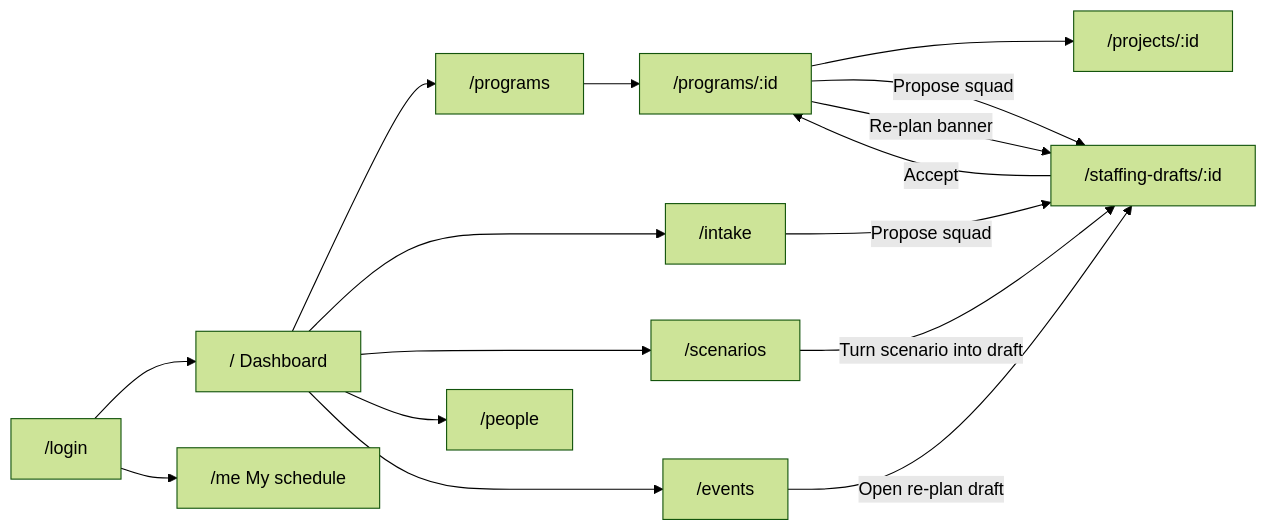
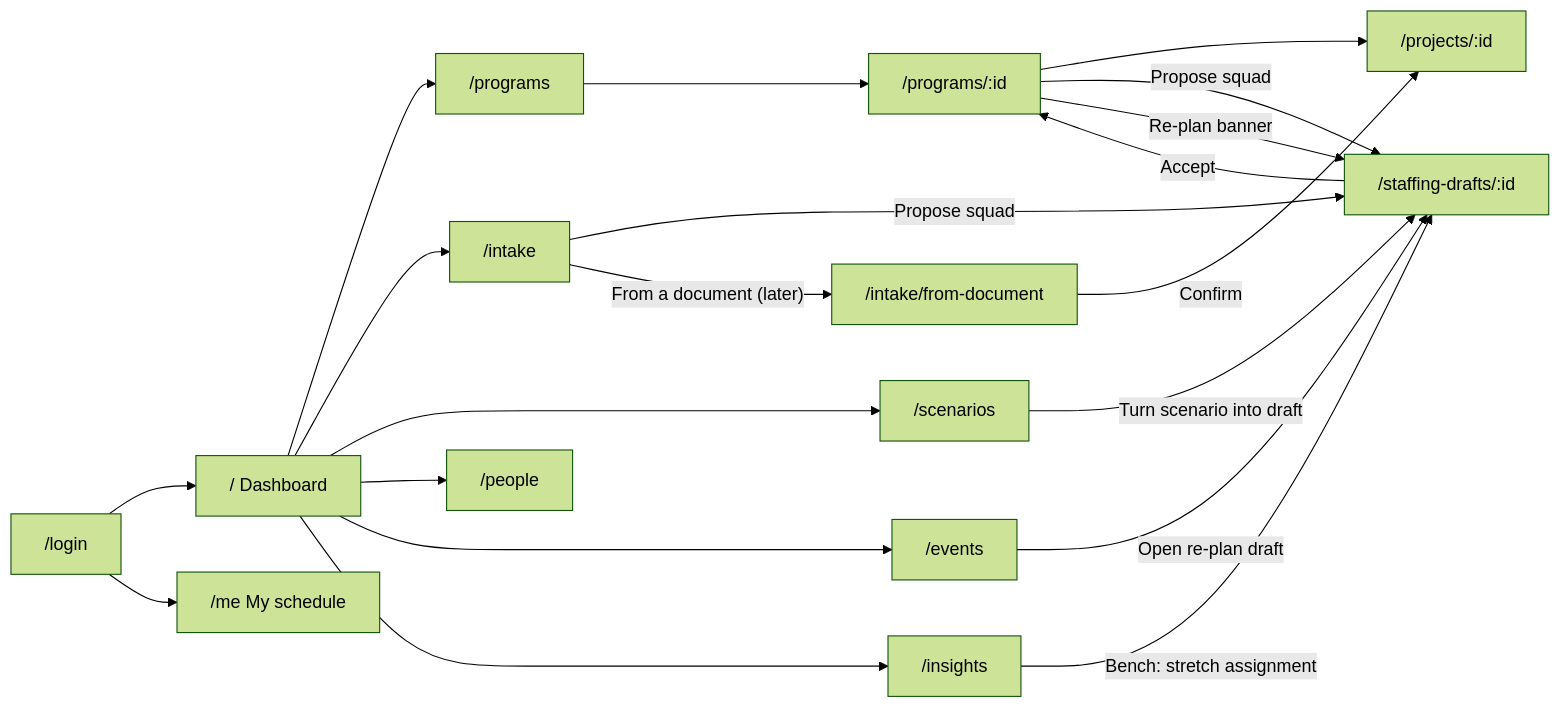
One commit to dophnamm/the-slot-finder changed the first of 2 diagrams in client/README.md. Above: the diagram before and after it, drawn with Mermaid (forest theme). The commit also changed other lines of this file and 4 other files, not shown here.

````diff
--- a/client/README.md
+++ b/client/README.md
@@ -35,18 +37,22 @@
 ```mermaid
 flowchart LR
   login["/login"] --> dash["/ Dashboard"]
   login --> me["/me My schedule"]
   dash --> programs["/programs"]
   programs --> program["/programs/:id"]
   program --> project["/projects/:id"]
   program -->|"Propose squad"| draft["/staffing-drafts/:id"]
   program -->|"Re-plan banner"| draft
   dash --> intake["/intake"]
   dash --> scenarios["/scenarios"]
   dash --> people["/people"]
   dash --> events["/events"]
+  dash --> insights["/insights"]
+  insights -->|"Bench: stretch assignment"| draft
   intake -->|"Propose squad"| draft
+  intake -->|"From a document (later)"| extract["/intake/from-document"]
+  extract -->|"Confirm"| project
   events -->|"Open re-plan draft"| draft
   scenarios -->|"Turn scenario into draft"| draft
   draft -->|"Accept"| program
 ```
````
